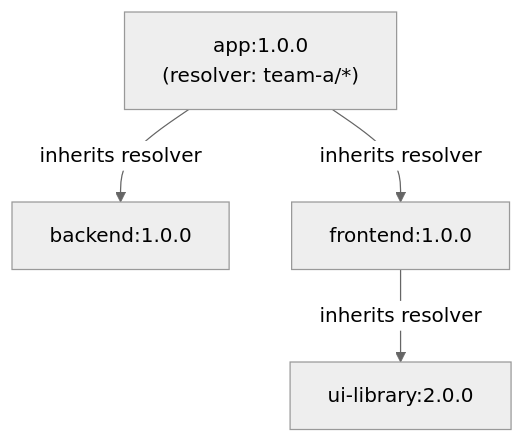
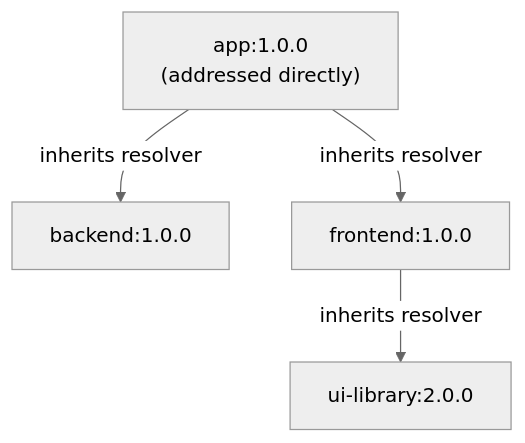
One commit to open-component-model/open-component-model changed the third of 3 diagrams in website/content/docs/concepts/canonical-components.md. Above: the diagram before and after it, drawn with Mermaid (neutral theme). The commit also changed other lines of this file, not shown here.

First line of the commit message:
feat: shrink down resolver section

````diff
--- a/website/content/docs/concepts/canonical-components.md
+++ b/website/content/docs/concepts/canonical-components.md
@@ -109,6 +90,6 @@
 ```mermaid
 flowchart TD
-    Root["app:1.0.0<br/>(resolver: team-a/*)"] -->|"inherits resolver"| Child1["backend:1.0.0"]
+    Root["app:1.0.0<br/>(addressed directly)"] -->|"inherits resolver"| Child1["backend:1.0.0"]
     Root -->|"inherits resolver"| Child2["frontend:1.0.0"]
     Child2 -->|"inherits resolver"| Grandchild["ui-library:2.0.0"]
 ```
````
